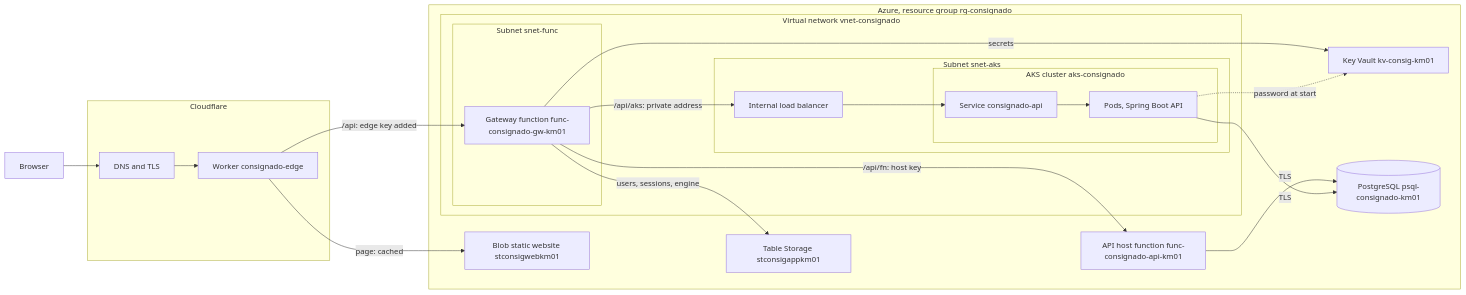
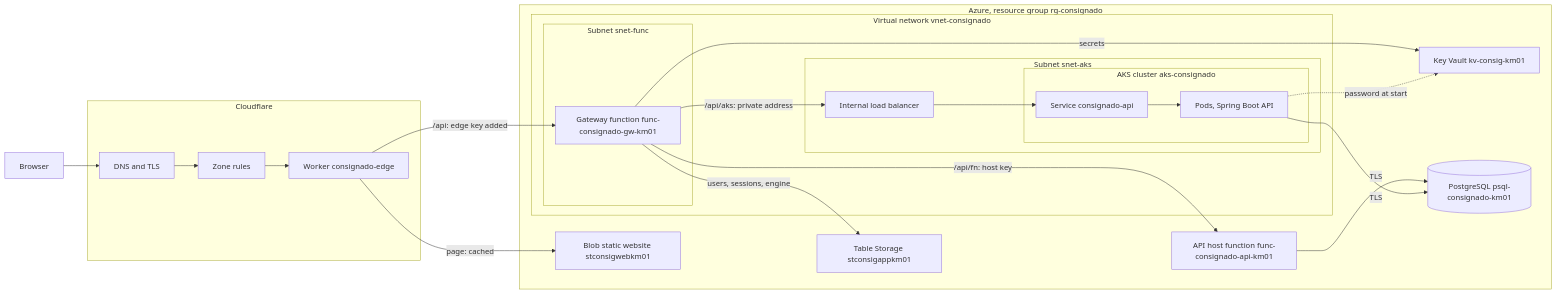
The second of 7 diagrams in docs/platform/architecture.md (kmadsdev/consignado-api), drawn with Mermaid before and after one commit. The commit also changed other lines of this file and 1 other file, not shown here.

Commit message:
docs(architecture): Cloudflare zone rules, live times, node read from pods, engine states

````diff
--- a/docs/platform/architecture.md
+++ b/docs/platform/architecture.md
@@ -55,42 +57,43 @@
 ```mermaid
 flowchart LR
   browser["Browser"]
 
   subgraph cf["Cloudflare"]
     dns["DNS and TLS"]
+    rules["Zone rules"]
     worker["Worker consignado-edge"]
   end
 
   subgraph az["Azure, resource group rg-consignado"]
     web["Blob static website stconsigwebkm01"]
     kv["Key Vault kv-consig-km01"]
     tables["Table Storage stconsigappkm01"]
     apifn["API host function func-consignado-api-km01"]
     pg[("PostgreSQL psql-consignado-km01")]
 
     subgraph vnet["Virtual network vnet-consignado"]
       subgraph sfunc["Subnet snet-func"]
         gw["Gateway function func-consignado-gw-km01"]
       end
       subgraph saks["Subnet snet-aks"]
         ilb["Internal load balancer"]
         subgraph cluster["AKS cluster aks-consignado"]
           svc["Service consignado-api"]
           pods["Pods, Spring Boot API"]
         end
       end
     end
   end
 
-  browser --> dns --> worker
+  browser --> dns --> rules --> worker
   worker -->|"page: cached"| web
   worker -->|"/api: edge key added"| gw
   gw -->|"secrets"| kv
   gw -->|"users, sessions, engine"| tables
   gw -->|"/api/fn: host key"| apifn
   gw -->|"/api/aks: private address"| ilb
   ilb --> svc --> pods
   apifn -->|"TLS"| pg
   pods -->|"TLS"| pg
   pods -.->|"password at start"| kv
 ```
````
